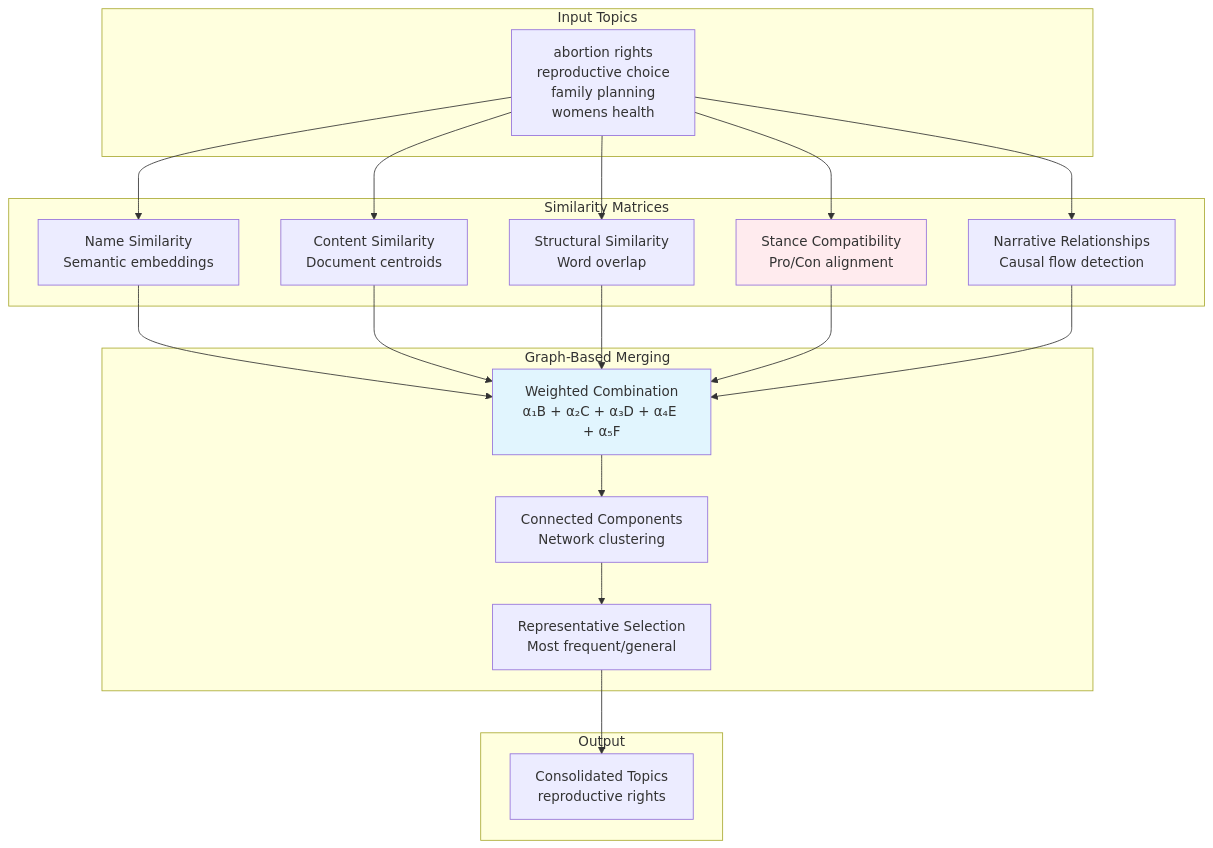
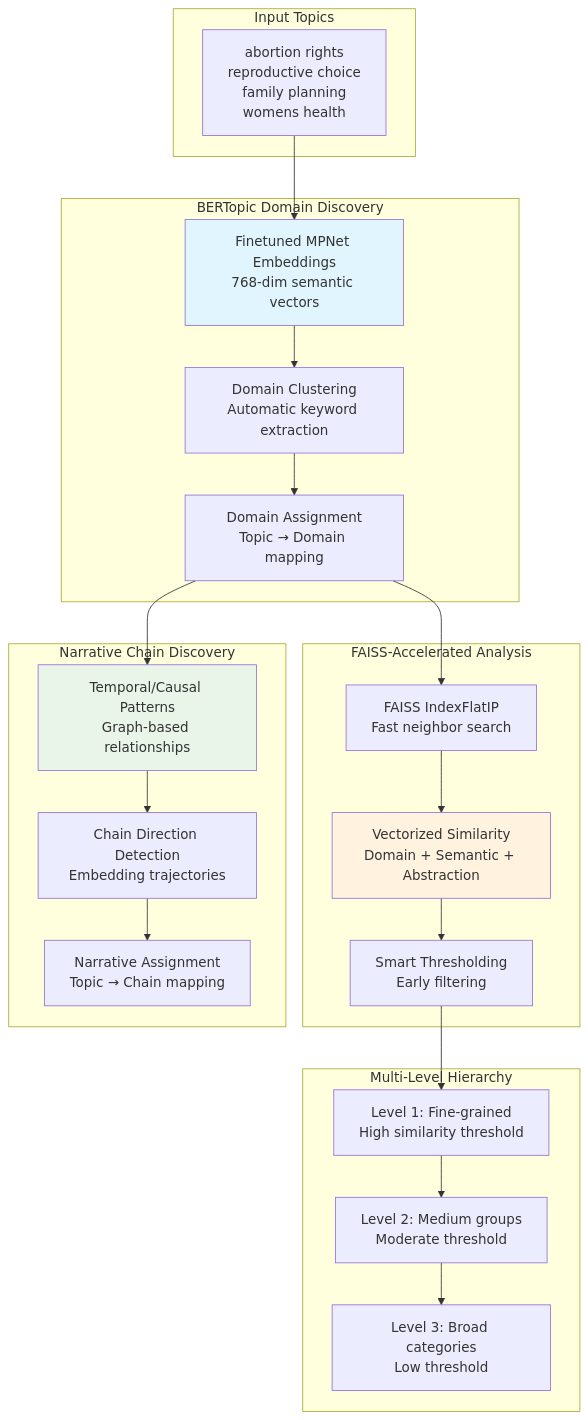
One commit to Armaniii/Deliberation-Representation changed the third of 5 diagrams in README.md. Above: the diagram before and after it, drawn with Mermaid. The commit also changed other lines of this file and 1 other file, not shown here.

First line of the commit message:
Implement optimized dynamic topic consolidation with FAISS acceleration

````diff
--- a/README.md
+++ b/README.md
@@ -299,56 +299,63 @@
 ```mermaid
 %%{init: {"flowchart": {"htmlLabels": false}} }%%
 flowchart TD
     subgraph "Input Topics"
         A["`abortion rights
         reproductive choice
         family planning
         womens health`"]
     end
     
-    subgraph "Similarity Matrices"
-        B["`Name Similarity
-        Semantic embeddings`"]
-        C["`Content Similarity
-        Document centroids`"]
-        D["`Structural Similarity
-        Word overlap`"]
-        E["`Stance Compatibility
-        Pro/Con alignment`"]
-        F["`Narrative Relationships
-        Causal flow detection`"]
+    subgraph "BERTopic Domain Discovery"
+        B["`Finetuned MPNet Embeddings
+        768-dim semantic vectors`"]
+        C["`Domain Clustering
+        Automatic keyword extraction`"]
+        D["`Domain Assignment
+        Topic → Domain mapping`"]
     end
     
-    subgraph "Graph-Based Merging"
-        G["`Weighted Combination
-        α₁B + α₂C + α₃D + α₄E + α₅F`"]
-        H["`Connected Components
-        Network clustering`"]
-        I["`Representative Selection
-        Most frequent/general`"]
+    subgraph "FAISS-Accelerated Analysis"
+        E["`FAISS IndexFlatIP
+        Fast neighbor search`"]
+        F["`Vectorized Similarity
+        Domain + Semantic + Abstraction`"]
+        G["`Smart Thresholding
+        Early filtering`"]
     end
     
-    subgraph "Output"
-        J["`Consolidated Topics
-        reproductive rights`"]
+    subgraph "Multi-Level Hierarchy"
+        H["`Level 1: Fine-grained
+        High similarity threshold`"]
+        I["`Level 2: Medium groups
+        Moderate threshold`"]
+        J["`Level 3: Broad categories
+        Low threshold`"]
+    end
+    
+    subgraph "Narrative Chain Discovery"
+        K["`Temporal/Causal Patterns
+        Graph-based relationships`"]
+        L["`Chain Direction Detection
+        Embedding trajectories`"]
+        M["`Narrative Assignment
+        Topic → Chain mapping`"]
     end
     
     A --> B
-    A --> C
-    A --> D
-    A --> E
-    A --> F
-    
-    B --> G
-    C --> G
-    D --> G
-    E --> G
+    B --> C
+    C --> D
+    D --> E
+    E --> F
     F --> G
-    
     G --> H
     H --> I
     I --> J
+    D --> K
+    K --> L
+    L --> M
     
-    style G fill:#e1f5fe
-    style E fill:#ffebee
+    style B fill:#e1f5fe
+    style F fill:#fff3e0
+    style K fill:#e8f5e8
 ```
````
